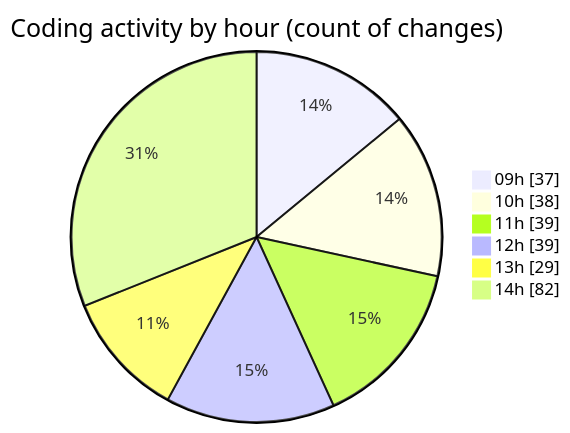
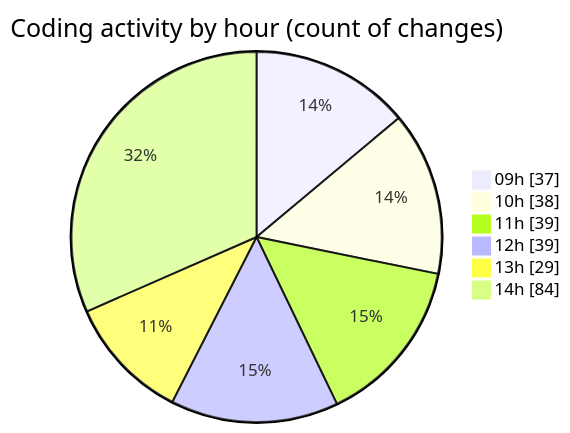
Before and after one commit to momahboobian/code-tracking: the second of 2 diagrams in 2025-02-12/cda/README.md, drawn with Mermaid. The commit also changed other lines of this file and 1 other file, not shown here.

````diff
--- a/2025-02-12/cda/README.md
+++ b/2025-02-12/cda/README.md
@@ -40,10 +40,10 @@
 ```mermaid
 pie showData
 title Coding activity by hour (count of changes)
 "09h" : 37
 "10h" : 38
 "11h" : 39
 "12h" : 39
 "13h" : 29
-"14h" : 82
+"14h" : 84
 ```
````
